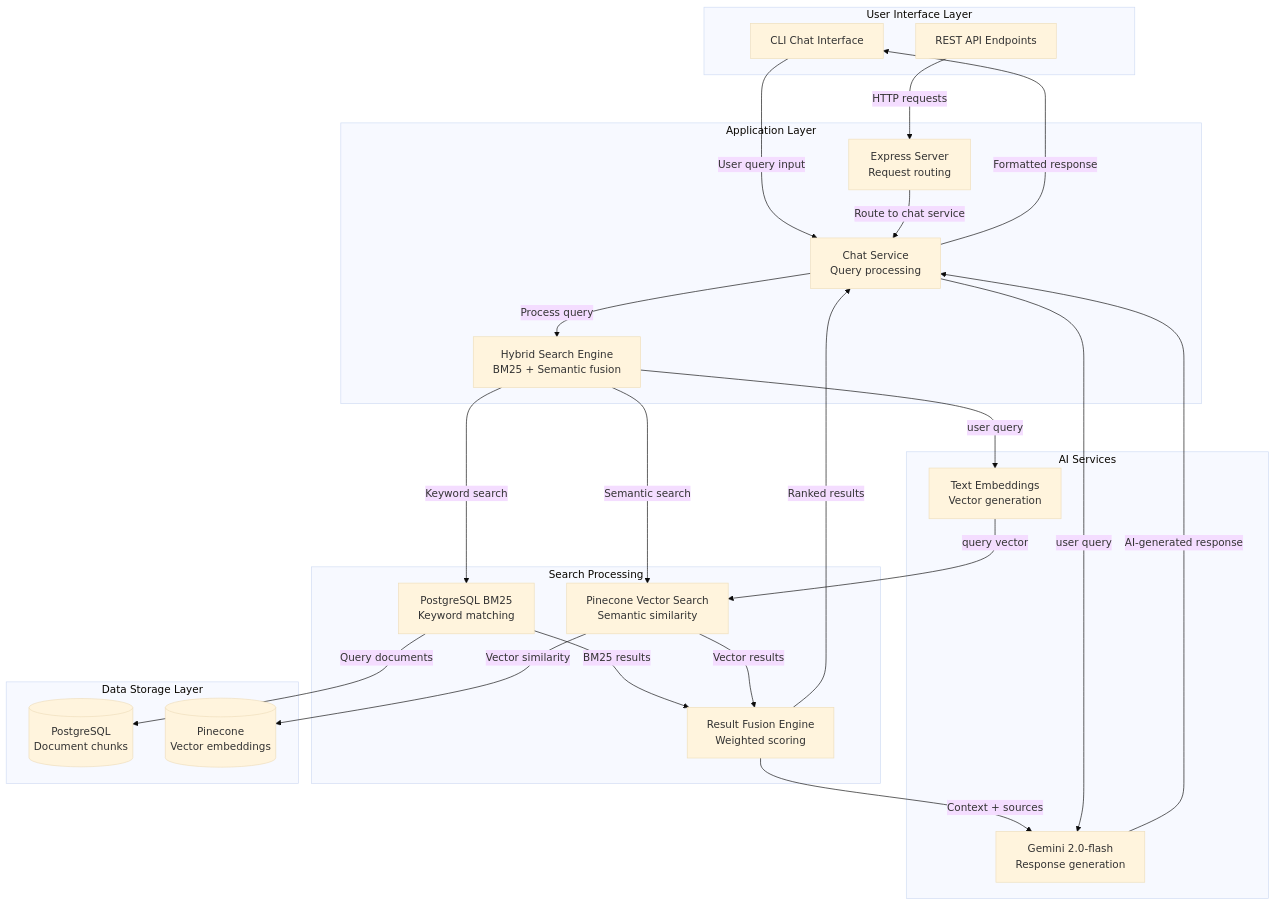
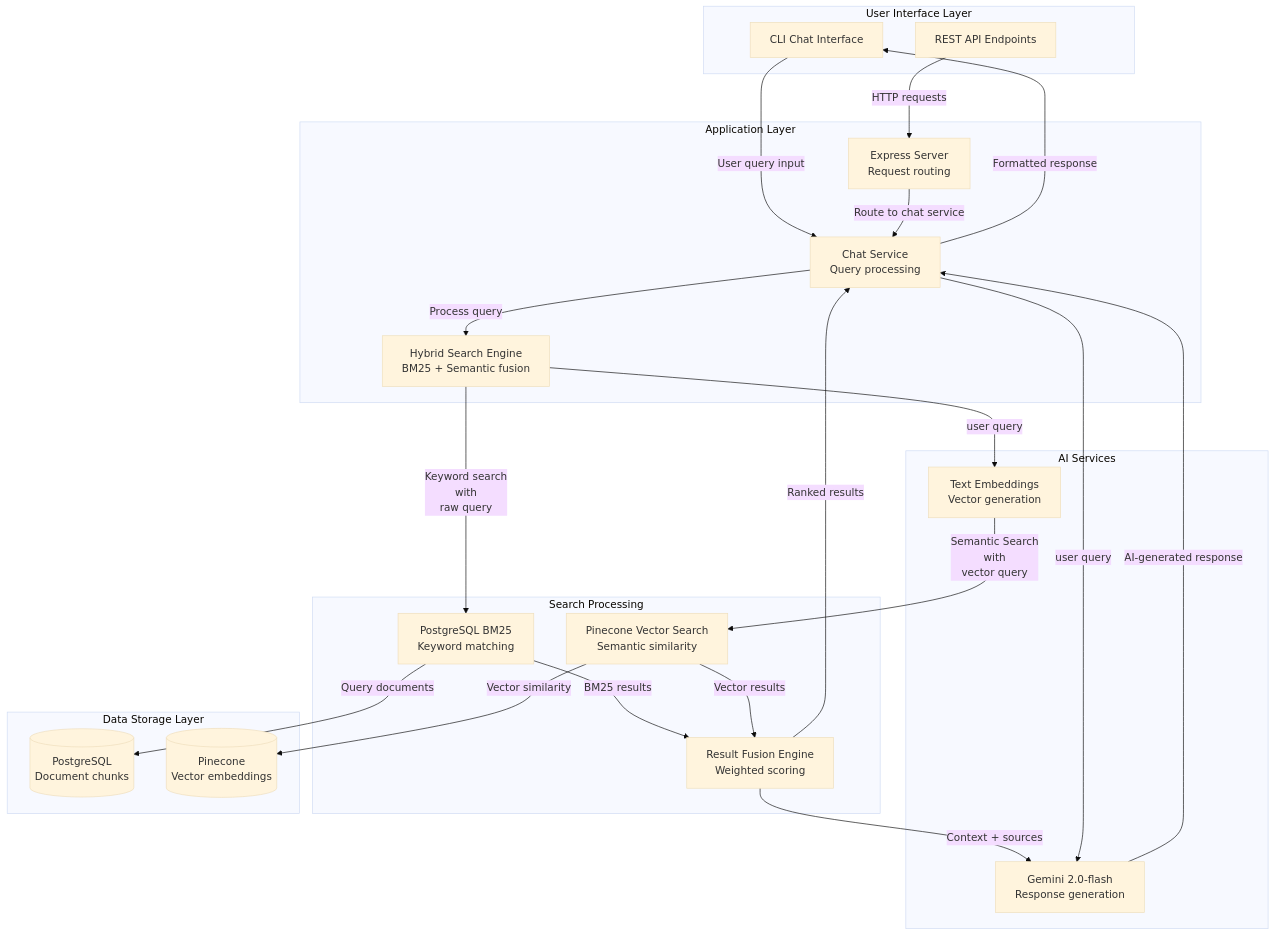
Before and after one commit to TEJ-Fellowship/pbl: the first of 2 diagrams in PBL4/StripeCustomerSupportAgent/Backend/README.md, drawn with Mermaid (base theme).

Commit message:
chore: update system design documentation

````diff
--- a/PBL4/StripeCustomerSupportAgent/Backend/README.md
+++ b/PBL4/StripeCustomerSupportAgent/Backend/README.md
@@ -23,54 +23,53 @@
 ```mermaid
 graph TB
     subgraph "User Interface Layer"
         CLI["CLI Chat Interface"]
         API["REST API Endpoints"]
     end
 
     subgraph "Application Layer"
         CHAT["Chat Service<br/>Query processing"]
         SEARCH["Hybrid Search Engine<br/>BM25 + Semantic fusion"]
         SERVER["Express Server<br/>Request routing"]
     end
 
     subgraph "Search Processing"
         BM25["PostgreSQL BM25<br/>Keyword matching"]
         VECTOR["Pinecone Vector Search<br/>Semantic similarity"]
         FUSION["Result Fusion Engine<br/>Weighted scoring"]
     end
 
     subgraph "AI Services"
         GEMINI["Gemini 2.0-flash<br/>Response generation"]
         EMBEDDINGS["Text Embeddings<br/>Vector generation"]
     end
 
     subgraph "Data Storage Layer"
         POSTGRES[("PostgreSQL<br/>Document chunks")]
         PINECONE[("Pinecone<br/>Vector embeddings")]
     end
 
     %% User interaction flow
     CLI -->|"User query input"| CHAT
     API -->|"HTTP requests"| SERVER
     SERVER -->|"Route to chat service"| CHAT
     CHAT -->|"Formatted response"| CLI
 
     %% Search orchestration
     CHAT -->|"Process query"| SEARCH
-    SEARCH -->|"Keyword search"| BM25
-    SEARCH -->|"Semantic search"| VECTOR
+    SEARCH -->|"Keyword search</br>with</br>raw query"| BM25
     BM25 -->|"Query documents"| POSTGRES
     VECTOR -->|"Vector similarity"| PINECONE
 
     %% Result processing
     BM25 -->|"BM25 results"| FUSION
     VECTOR -->|"Vector results"| FUSION
     FUSION -->|"Ranked results"| CHAT
     FUSION -->|"Context + sources"| GEMINI
 
     %% AI response generation
     GEMINI -->|"AI-generated response"| CHAT
     CHAT -->|"user query"| GEMINI
     SEARCH -->|"user query"| EMBEDDINGS
-    EMBEDDINGS -->|"query vector"| VECTOR
+    EMBEDDINGS -->|"Semantic Search</br>with</br>vector query"| VECTOR
 ```
````
